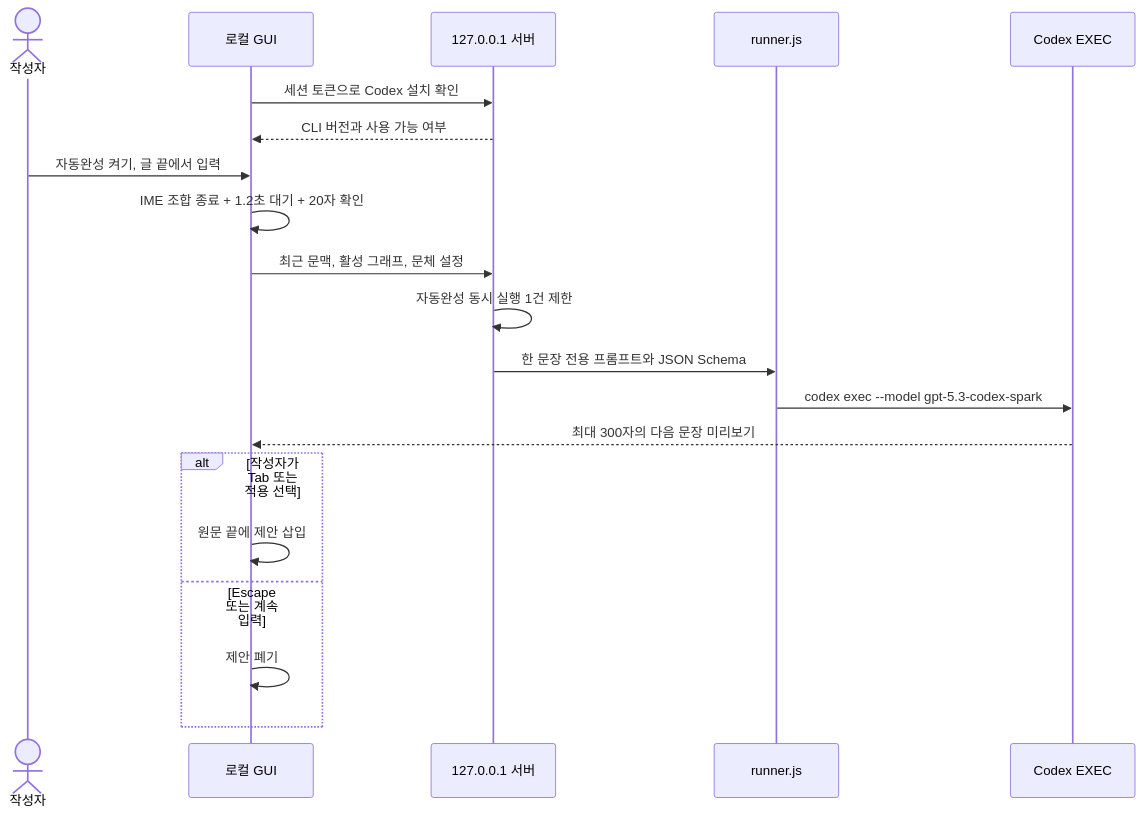
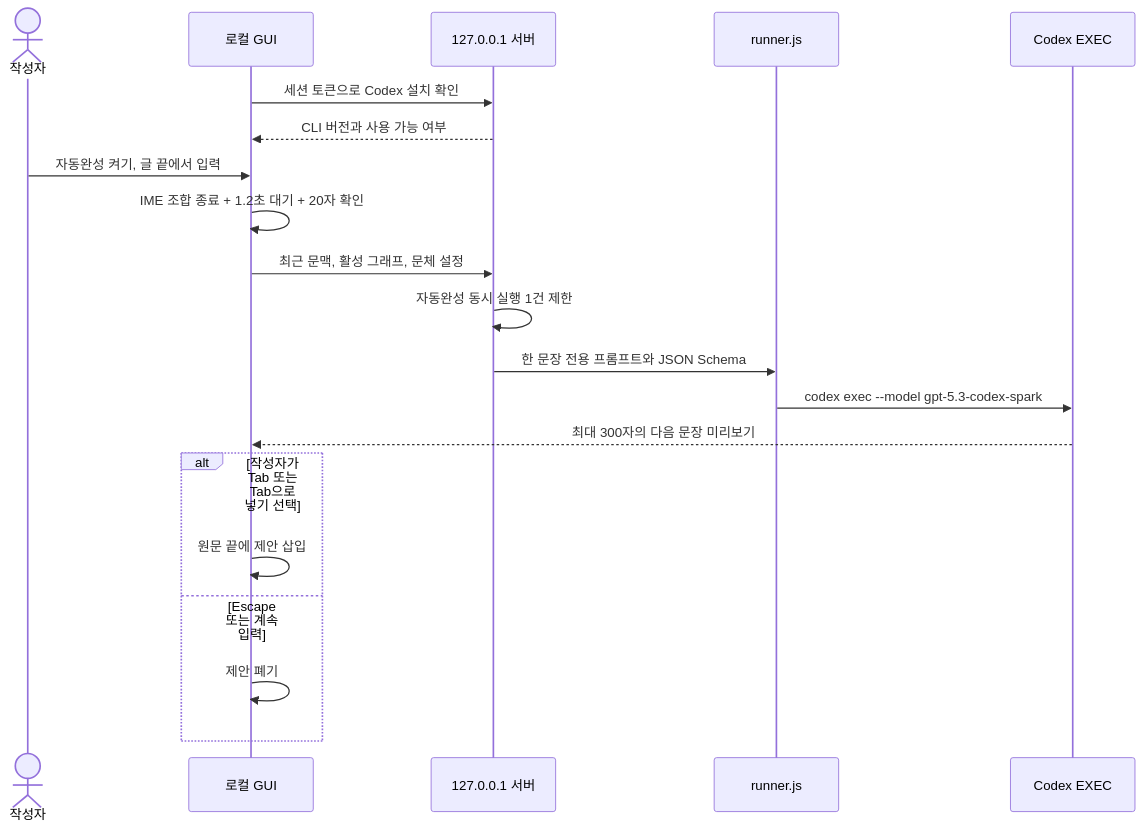
One commit to kuseumkkrkkr/KR-humanizer changed the second of 8 diagrams in README.md. Above: the diagram before and after it, drawn with Mermaid. The commit also changed other lines of this file and 19 other files, not shown here.

````diff
--- a/README.md
+++ b/README.md
@@ -184,23 +184,23 @@
 ```mermaid
 sequenceDiagram
   actor U as 작성자
   participant G as 로컬 GUI
   participant S as 127.0.0.1 서버
   participant R as runner.js
   participant C as Codex EXEC
 
   G->>S: 세션 토큰으로 Codex 설치 확인
   S-->>G: CLI 버전과 사용 가능 여부
   U->>G: 자동완성 켜기, 글 끝에서 입력
   G->>G: IME 조합 종료 + 1.2초 대기 + 20자 확인
   G->>S: 최근 문맥, 활성 그래프, 문체 설정
   S->>S: 자동완성 동시 실행 1건 제한
   S->>R: 한 문장 전용 프롬프트와 JSON Schema
   R->>C: codex exec --model gpt-5.3-codex-spark
   C-->>G: 최대 300자의 다음 문장 미리보기
-  alt 작성자가 Tab 또는 적용 선택
+  alt 작성자가 Tab 또는 Tab으로 넣기 선택
     G->>G: 원문 끝에 제안 삽입
   else Escape 또는 계속 입력
     G->>G: 제안 폐기
   end
 ```
````
